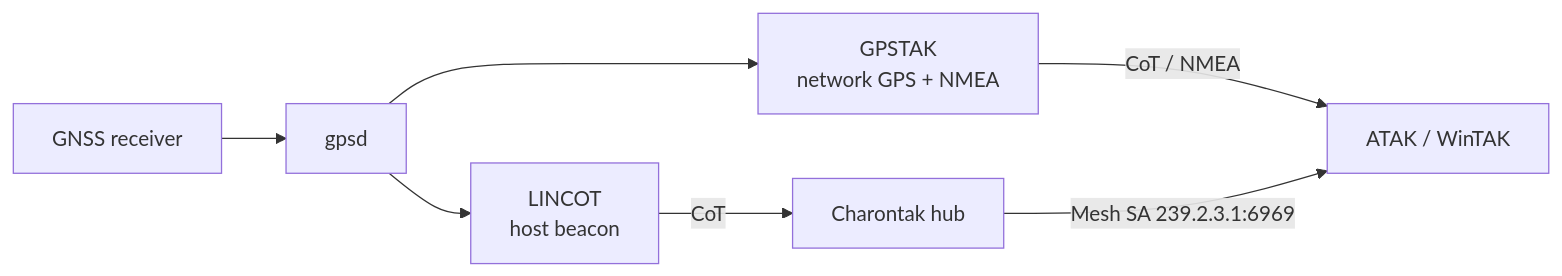
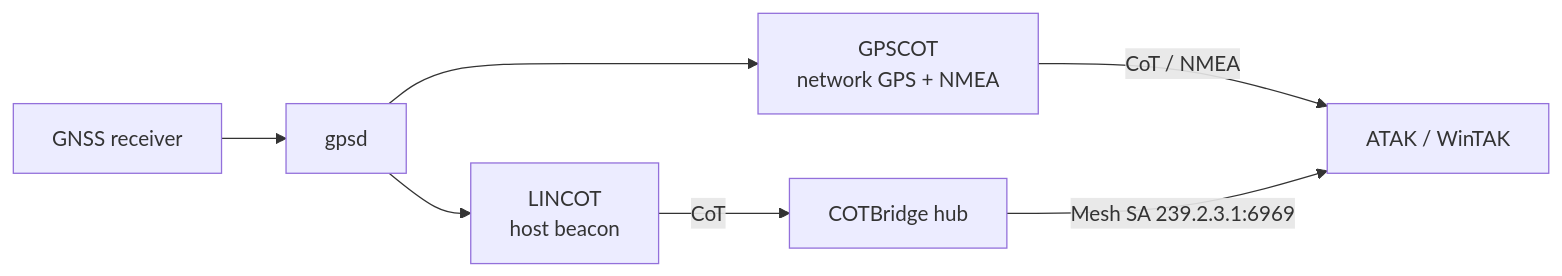
The diagram in docs/deploy/own-position-gps.md (snstac/aryaos), drawn with Mermaid before and after one commit. The commit also changed other lines of this file and 180 other files, not shown here.

````diff
--- a/docs/deploy/own-position-gps.md
+++ b/docs/deploy/own-position-gps.md
@@ -24,9 +24,9 @@
 ```mermaid
 flowchart LR
     G[GNSS receiver] --> D[gpsd]
     D --> L[LINCOT<br/>host beacon]
-    D --> T[GPSTAK<br/>network GPS + NMEA]
-    L -->|CoT| H[Charontak hub]
+    D --> T[GPSCOT<br/>network GPS + NMEA]
+    L -->|CoT| H[COTBridge hub]
     T -->|CoT / NMEA| E[ATAK / WinTAK]
     H -->|Mesh SA 239.2.3.1:6969| E
 ```
````
